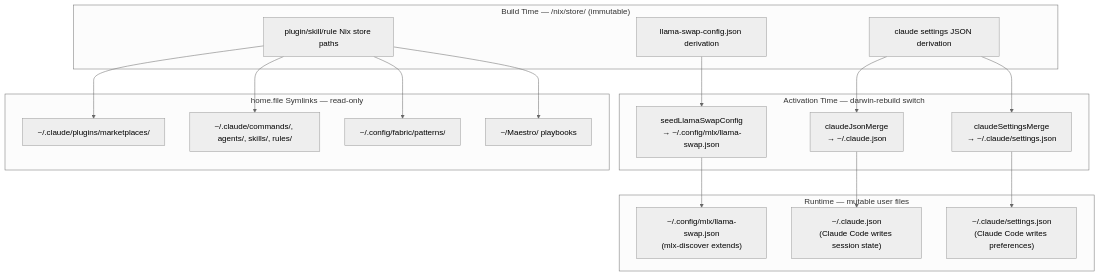
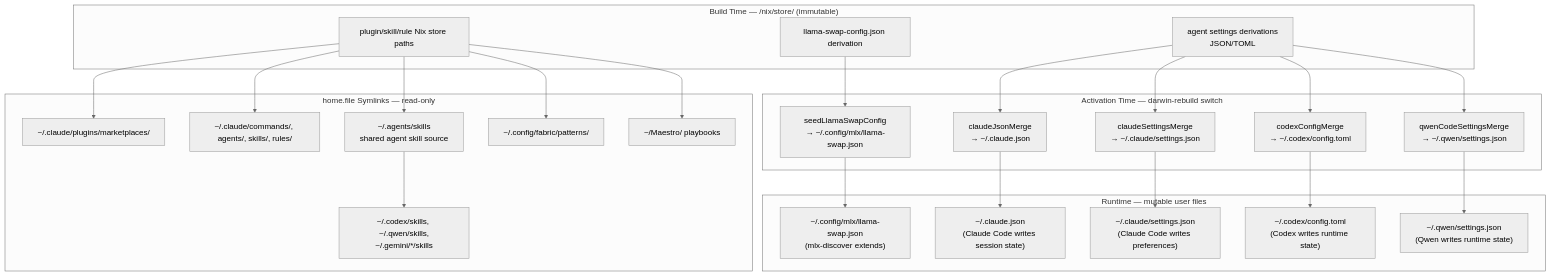
One commit to dryvist/nix-ai changed the second of 2 diagrams in docs/architecture/config-lifecycle.md. Above: the diagram before and after it, drawn with Mermaid (neutral theme). The commit also changed other lines of this file and 23 other files, not shown here.

First line of the commit message:
feat: unify agent MCP and skills config (#1154)

````diff
--- a/docs/architecture/config-lifecycle.md
+++ b/docs/architecture/config-lifecycle.md
@@ -113,35 +115,44 @@
 ```mermaid
 graph TD
     subgraph BuildTime["Build Time — /nix/store/ (immutable)"]
         NS1["llama-swap-config.json derivation"]
-        NS2["claude settings JSON derivation"]
+        NS2["agent settings derivations\nJSON/TOML"]
         NS3["plugin/skill/rule Nix store paths"]
     end
 
     subgraph Activation["Activation Time — darwin-rebuild switch"]
         A1["seedLlamaSwapConfig\n→ ~/.config/mlx/llama-swap.json"]
         A2["claudeJsonMerge\n→ ~/.claude.json"]
         A3["claudeSettingsMerge\n→ ~/.claude/settings.json"]
+        A4["codexConfigMerge\n→ ~/.codex/config.toml"]
+        A5["qwenCodeSettingsMerge\n→ ~/.qwen/settings.json"]
     end
 
     subgraph Runtime["Runtime — mutable user files"]
         R1["~/.config/mlx/llama-swap.json\n(mlx-discover extends)"]
         R2["~/.claude.json\n(Claude Code writes session state)"]
         R3["~/.claude/settings.json\n(Claude Code writes preferences)"]
+        R4["~/.codex/config.toml\n(Codex writes runtime state)"]
+        R5["~/.qwen/settings.json\n(Qwen writes runtime state)"]
     end
 
     subgraph Symlinks["home.file Symlinks — read-only"]
         S1["~/.claude/plugins/marketplaces/"]
         S2["~/.claude/commands/, agents/, skills/, rules/"]
+        S5["~/.agents/skills\nshared agent skill source"]
+        S6["~/.codex/skills, ~/.qwen/skills,\n~/.gemini/*/skills"]
         S3["~/.config/fabric/patterns/"]
         S4["~/Maestro/ playbooks"]
     end
 
     NS1 --> A1 --> R1
     NS2 --> A2 --> R2
     NS2 --> A3 --> R3
+    NS2 --> A4 --> R4
+    NS2 --> A5 --> R5
     NS3 --> S1
     NS3 --> S2
+    NS3 --> S5 --> S6
     NS3 --> S3
     NS3 --> S4
 ```
````
